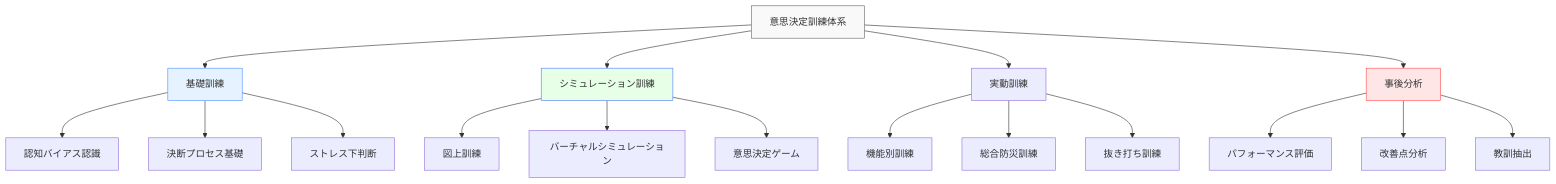
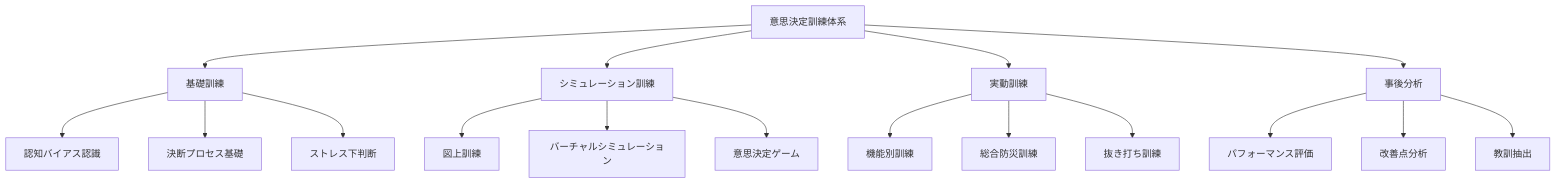
The tenth of 11 diagrams in docs/applications/emergency-dm.md (shuji-bonji/Situational-Awareness-and-Decision-Making), drawn with Mermaid before and after one commit. The commit also changed other lines of this file and 49 other files, not shown here.

Commit message:
fix: ダークモードで見づらい図の色の変更

````diff
--- a/docs/applications/emergency-dm.md
+++ b/docs/applications/emergency-dm.md
@@ -422,28 +422,28 @@
 ```mermaid
 graph TD
     A[意思決定訓練体系] --> B[基礎訓練]
     A --> C[シミュレーション訓練]
     A --> D[実動訓練]
     A --> E[事後分析]
     
     B --> B1[認知バイアス認識]
     B --> B2[決断プロセス基礎]
     B --> B3[ストレス下判断]
     
     C --> C1[図上訓練]
     C --> C2[バーチャルシミュレーション]
     C --> C3[意思決定ゲーム]
     
     D --> D1[機能別訓練]
     D --> D2[総合防災訓練]
     D --> D3[抜き打ち訓練]
     
     E --> E1[パフォーマンス評価]
     E --> E2[改善点分析]
     E --> E3[教訓抽出]
     
-    style A fill:#f9f9f9,stroke:#666
-    style B fill:#e6f2ff,stroke:#4d94ff
-    style C fill:#e6ffe6,stroke:#4d7fff
-    style E fill:#ffe6e6,stroke:#ff4d4d
+
+
+
+
 ```
````
